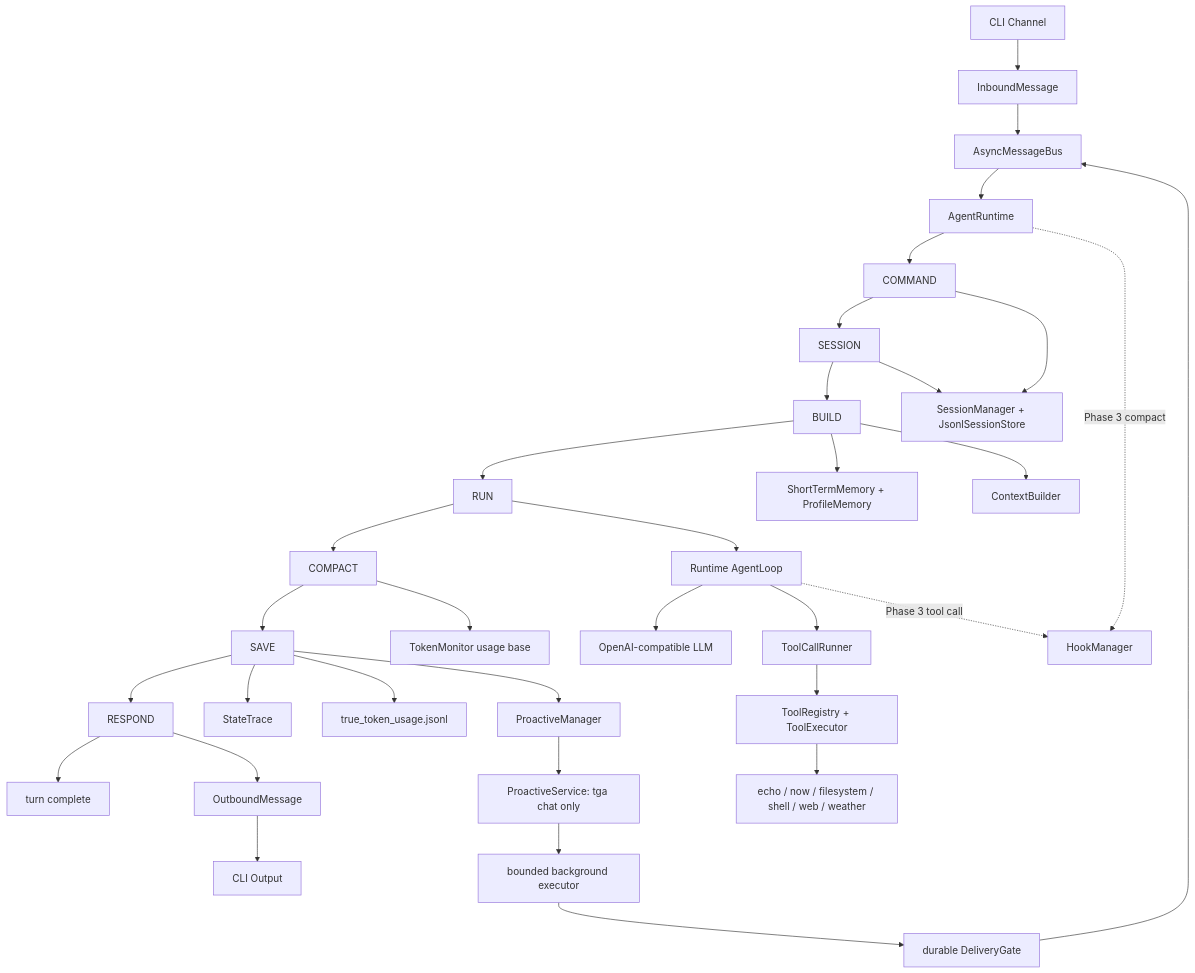
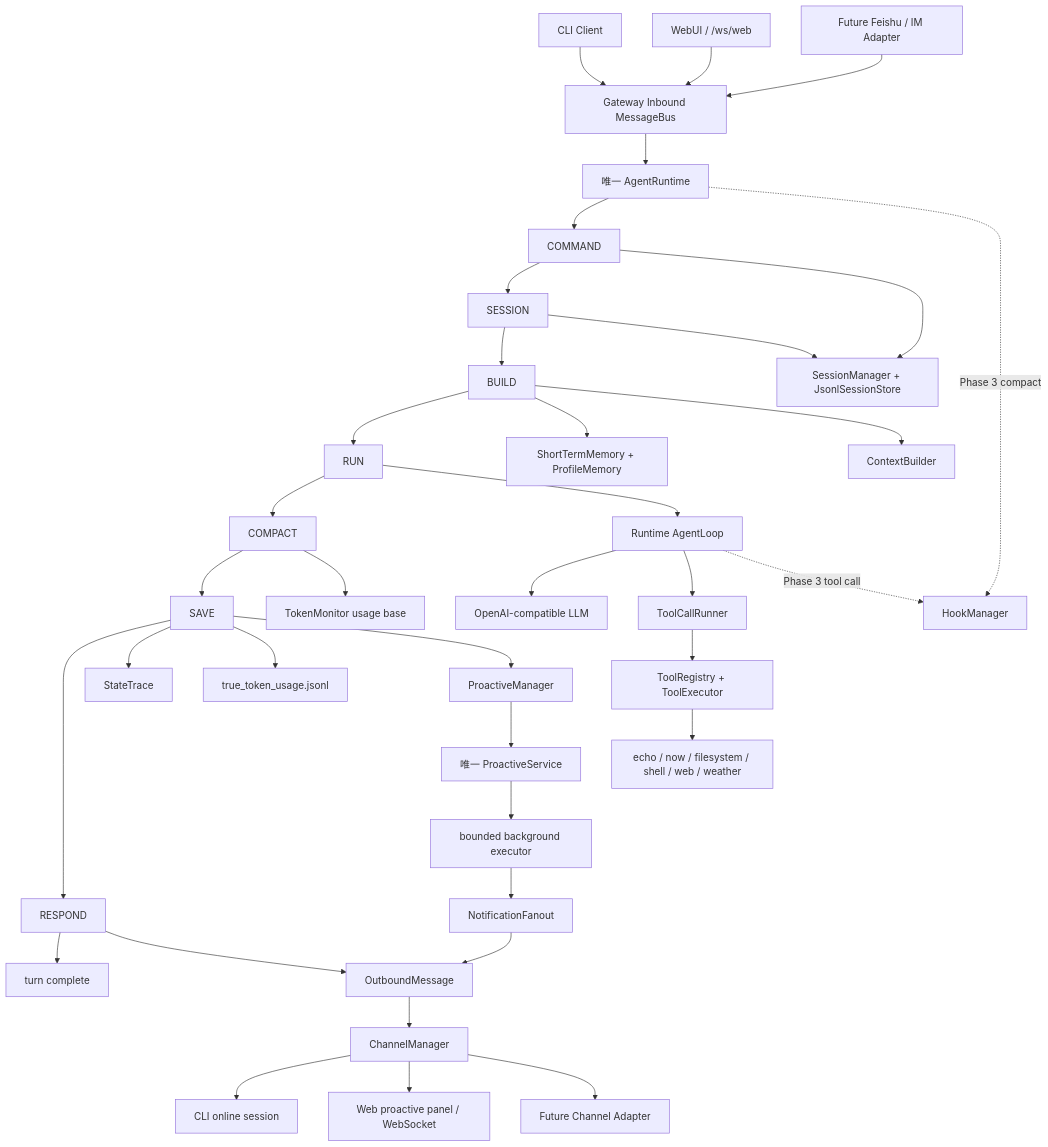
The diagram in README.md (neystan/Turning-Good-Agent), drawn with Mermaid before and after one commit. The commit also changed other lines of this file and 116 other files, not shown here.

Commit message:
feat: consolidate gateway and proactive workspace

````diff
--- a/README.md
+++ b/README.md
@@ -212,41 +200,45 @@
 ```mermaid
 flowchart TD
-    CLI[CLI Channel] --> Inbound[InboundMessage]
-    Inbound --> Bus[AsyncMessageBus]
-    Bus --> Runtime[AgentRuntime]
+    CLI[CLI Client] --> Inbound[Gateway Inbound MessageBus]
+    WEB[WebUI / /ws/web] --> Inbound
+    FUTURE[Future Feishu / IM Adapter] --> Inbound
+    Inbound --> Runtime[唯一 AgentRuntime]
 
     Runtime --> Command[COMMAND]
     Command --> Session[SESSION]
     Session --> Build[BUILD]
     Build --> Run[RUN]
     Run --> Compact[COMPACT]
     Compact --> Save[SAVE]
     Save --> Respond[RESPOND]
     Respond --> End[turn complete]
 
     Command --> SessionStore[SessionManager + JsonlSessionStore]
     Session --> SessionStore
     Build --> Memory[ShortTermMemory + ProfileMemory]
     Build --> Context[ContextBuilder]
 
     Run --> AgentLoop[Runtime AgentLoop]
     AgentLoop --> LLM[OpenAI-compatible LLM]
     AgentLoop --> ToolRunner[ToolCallRunner]
     ToolRunner --> Tools[ToolRegistry + ToolExecutor]
     Tools --> Builtins[echo / now / filesystem / shell / web / weather]
 
     Runtime -. Phase 3 compact .-> Hooks[HookManager]
     AgentLoop -. Phase 3 tool call .-> Hooks
 
     Compact --> Token[TokenMonitor usage base]
     Save --> Trace[StateTrace]
     Save --> TokenUsage[true_token_usage.jsonl]
     Save --> Proactive[ProactiveManager]
-    Proactive --> ProactiveService[ProactiveService: tga chat only]
+    Proactive --> ProactiveService[唯一 ProactiveService]
     ProactiveService --> Background[bounded background executor]
-    Background --> Delivery[durable DeliveryGate]
-    Delivery --> Bus
+    Background --> Fanout[NotificationFanout]
 
     Respond --> Outbound[OutboundMessage]
-    Outbound --> CLIOut[CLI Output]
+    Fanout --> Outbound
+    Outbound --> Manager[ChannelManager]
+    Manager --> CLIOut[CLI online session]
+    Manager --> WebOut[Web proactive panel / WebSocket]
+    Manager --> FutureOut[Future Channel Adapter]
 ```
````
